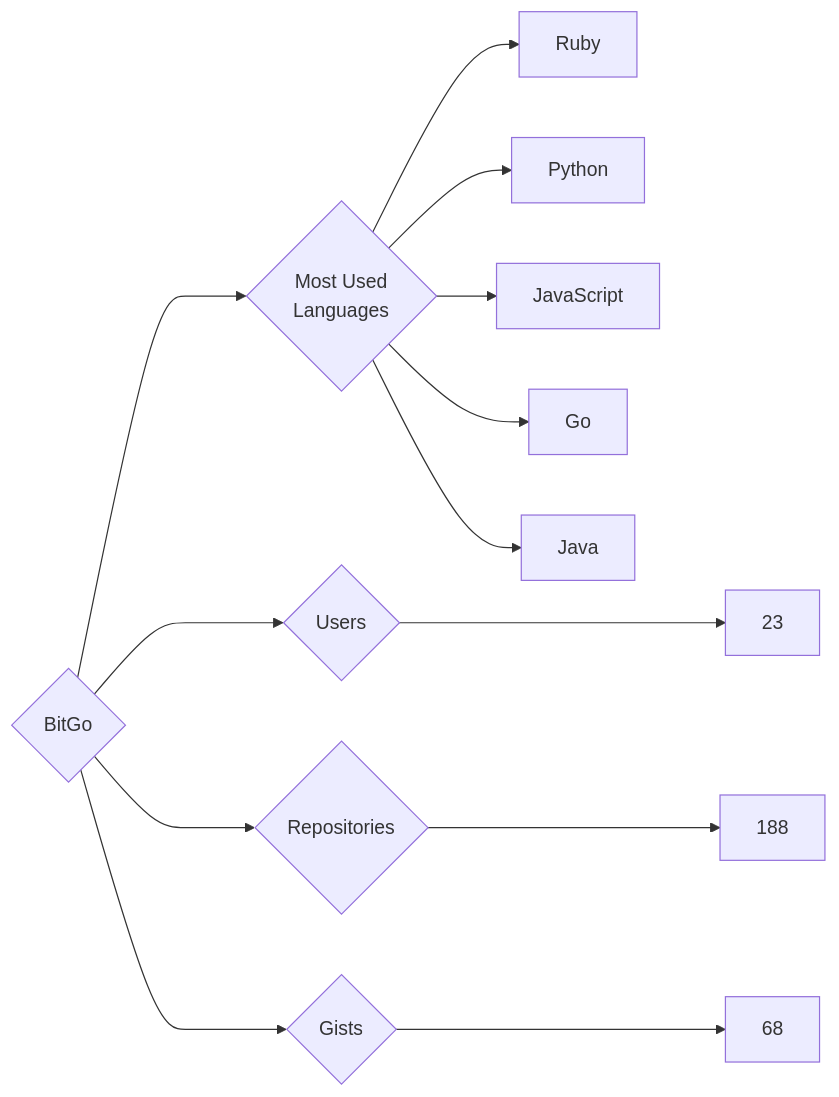
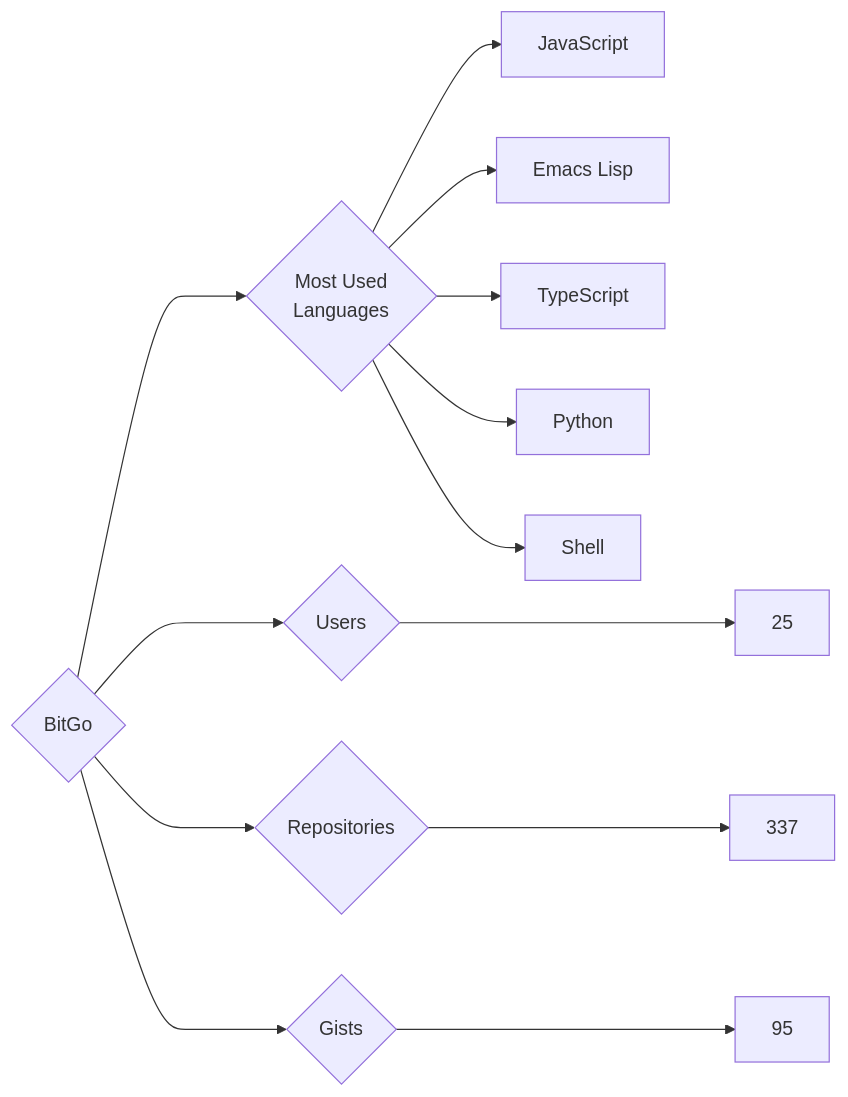
The diagram in targets/BitGo/README.md (trickest/insiders), drawn with Mermaid before and after one commit. The commit also changed 545 other files, not shown here.

````diff
--- a/targets/BitGo/README.md
+++ b/targets/BitGo/README.md
@@ -3,13 +3,13 @@
 ```mermaid
 graph LR
 COMPANY_NAME{BitGo}
-COMPANY_NAME ---> U{Users} ---> UN[23]
-COMPANY_NAME ---> R{Repositories} ---> RN[188]
-COMPANY_NAME ---> G{Gists} ---> GN[68]
+COMPANY_NAME ---> U{Users} ---> UN[25]
+COMPANY_NAME ---> R{Repositories} ---> RN[337]
+COMPANY_NAME ---> G{Gists} ---> GN[95]
 COMPANY_NAME ---> ML{Most Used<br>Languages}
-ML --> Ruby[Ruby]
+ML --> JavaScript[JavaScript]
+ML --> Emacs_Lisp[Emacs Lisp]
+ML --> TypeScript[TypeScript]
 ML --> Python[Python]
-ML --> JavaScript[JavaScript]
-ML --> Go[Go]
-ML --> Java[Java]
+ML --> Shell[Shell]
 ```
````
